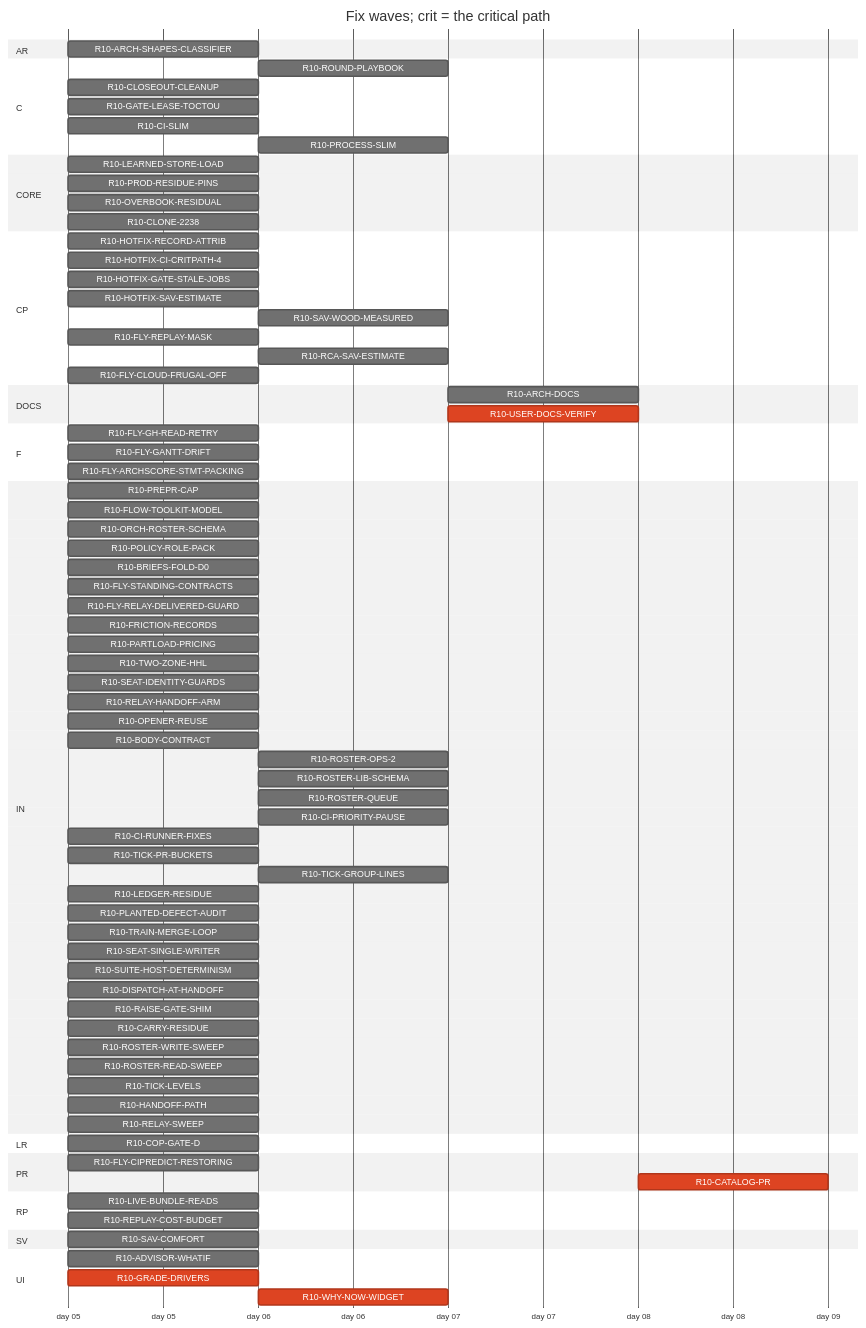
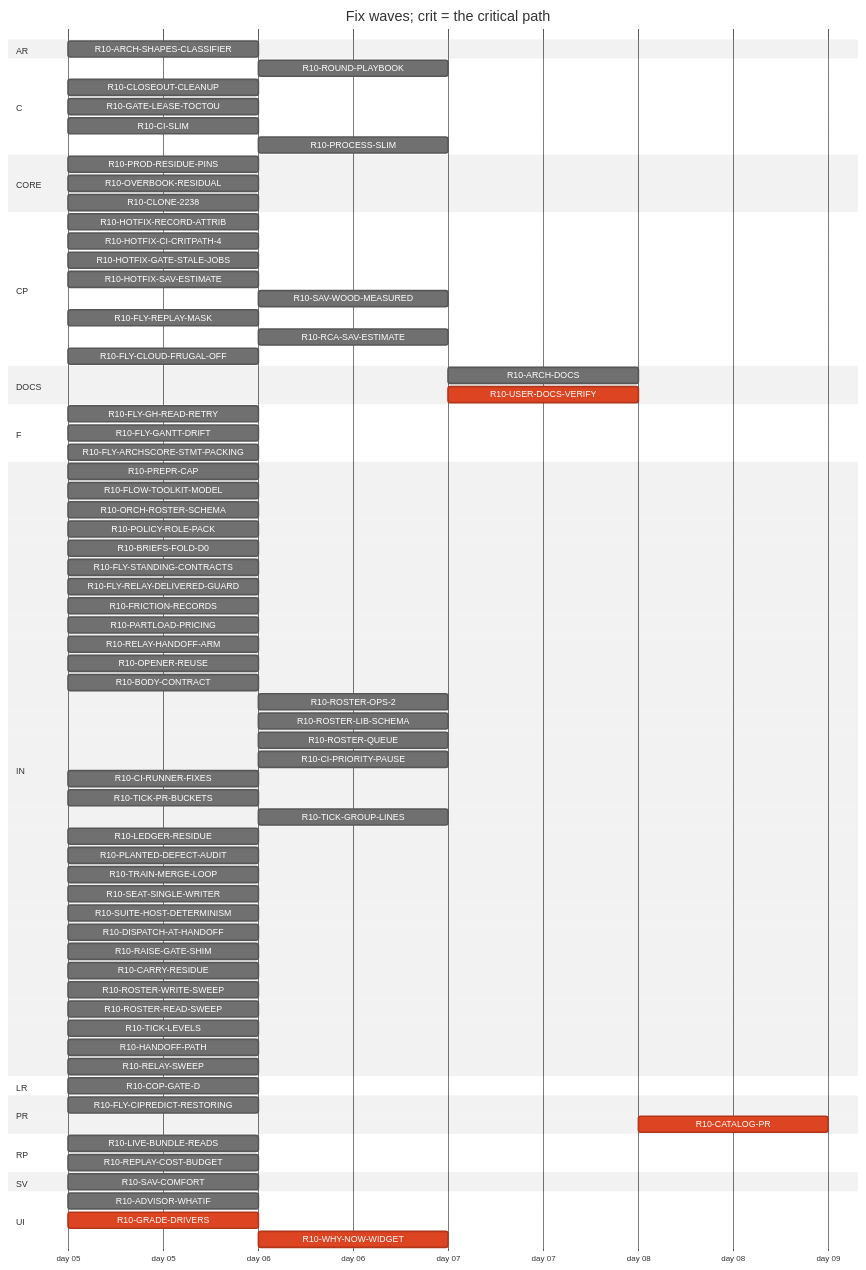
Before and after one commit to tvofi/heatpump_optimizer: the diagram in handoff/round10/state/PLAN-TABLE.md, drawn with Mermaid (neutral theme). The commit also changed other lines of this file and 4 other files, not shown here.

Commit message:
state: FLOW-BOARD.md, NEXT-SESSION-PROMPT.md, PLAN-TABLE.md, PLAN.html, RESUME-CURRENT.md regenerated (state_docs.py)

```diff
--- a/handoff/round10/state/PLAN-TABLE.md
+++ b/handoff/round10/state/PLAN-TABLE.md
@@ -30,13 +30,12 @@
   section AR
     R10-ARCH-SHAPES-CLASSIFIER :r10ARCHSHAPESCLASSIFIER, 2026-01-05, 1d
   section C
-    R10-ROUND-PLAYBOOK :r10ROUNDPLAYBOOK, after r10PREPRCAP r10HANDOFFPATH r10RELAYSWEEP r10TRAINMERGELOOP r10DISPATCHATHANDOFF r10BODYCONTRACT r10TICKLEVELS r10CIPRIORITYPAUSE r10ROSTERWRITESWEEP r10ROSTERREADSWEEP r10FLYSTANDINGCONTRACTS r10POLICYROLEPACK r10FRICTIONRECORDS r10FLOWTOOLKITMODEL r10SEATIDENTITYGUARDS r10LEDGERRESIDUE r10CIRUNNERFIXES r10FLYCIPREDICTRESTORING r10RAISEGATESHIM r10PLANTEDDEFECTAUDIT r10FLYGHREADRETRY r10SUITEHOSTDETERMINISM, 1d
+    R10-ROUND-PLAYBOOK :r10ROUNDPLAYBOOK, after r10PREPRCAP r10HANDOFFPATH r10RELAYSWEEP r10TRAINMERGELOOP r10DISPATCHATHANDOFF r10BODYCONTRACT r10TICKLEVELS r10CIPRIORITYPAUSE r10ROSTERWRITESWEEP r10ROSTERREADSWEEP r10FLYSTANDINGCONTRACTS r10POLICYROLEPACK r10FRICTIONRECORDS r10FLOWTOOLKITMODEL r10LEDGERRESIDUE r10CIRUNNERFIXES r10FLYCIPREDICTRESTORING r10RAISEGATESHIM r10PLANTEDDEFECTAUDIT r10FLYGHREADRETRY r10SUITEHOSTDETERMINISM, 1d
     R10-CLOSEOUT-CLEANUP :r10CLOSEOUTCLEANUP, 2026-01-05, 1d
     R10-GATE-LEASE-TOCTOU :r10GATELEASETOCTOU, 2026-01-05, 1d
     R10-CI-SLIM :r10CISLIM, 2026-01-05, 1d
     R10-PROCESS-SLIM :r10PROCESSSLIM, after r10CISLIM, 1d
   section CORE
-    R10-LEARNED-STORE-LOAD :r10LEARNEDSTORELOAD, 2026-01-05, 1d
     R10-PROD-RESIDUE-PINS :r10PRODRESIDUEPINS, 2026-01-05, 1d
     R10-OVERBOOK-RESIDUAL :r10OVERBOOKRESIDUAL, 2026-01-05, 1d
     R10-CLONE-2238 :r10CLONE2238, 2026-01-05, 1d
@@ -50,8 +49,8 @@
     R10-RCA-SAV-ESTIMATE :r10RCASAVESTIMATE, after r10HOTFIXSAVESTIMATE, 1d
     R10-FLY-CLOUD-FRUGAL-OFF :r10FLYCLOUDFRUGALOFF, 2026-01-05, 1d
   section DOCS
-    R10-ARCH-DOCS :r10ARCHDOCS, after r10CARRYRESIDUE r10OVERBOOKRESIDUAL r10CLONE2238 r10SAVCOMFORT r10COPGATED r10GRADEDRIVERS r10WHYNOWWIDGET r10PARTLOADPRICING r10TWOZONEHHL r10ARCHSHAPESCLASSIFIER r10ADVISORWHATIF r10LEARNEDSTORELOAD r10PRODRESIDUEPINS r10LIVEBUNDLEREADS r10REPLAYCOSTBUDGET r10PREPRCAP r10HANDOFFPATH r10RELAYSWEEP r10TRAINMERGELOOP r10DISPATCHATHANDOFF r10BODYCONTRACT r10TICKLEVELS r10CIPRIORITYPAUSE r10ROSTERWRITESWEEP r10ROSTERREADSWEEP r10FLYSTANDINGCONTRACTS r10POLICYROLEPACK r10FRICTIONRECORDS r10FLOWTOOLKITMODEL r10SEATIDENTITYGUARDS r10LEDGERRESIDUE r10CIRUNNERFIXES r10FLYCIPREDICTRESTORING r10RAISEGATESHIM r10PLANTEDDEFECTAUDIT r10FLYGHREADRETRY r10SUITEHOSTDETERMINISM, 1d
-    R10-USER-DOCS-VERIFY :crit, r10USERDOCSVERIFY, after r10CARRYRESIDUE r10OVERBOOKRESIDUAL r10CLONE2238 r10SAVCOMFORT r10COPGATED r10GRADEDRIVERS r10WHYNOWWIDGET r10PARTLOADPRICING r10TWOZONEHHL r10ARCHSHAPESCLASSIFIER r10ADVISORWHATIF r10LEARNEDSTORELOAD r10PRODRESIDUEPINS r10LIVEBUNDLEREADS r10REPLAYCOSTBUDGET, 1d
+    R10-ARCH-DOCS :r10ARCHDOCS, after r10CARRYRESIDUE r10OVERBOOKRESIDUAL r10CLONE2238 r10SAVCOMFORT r10COPGATED r10GRADEDRIVERS r10WHYNOWWIDGET r10PARTLOADPRICING r10ARCHSHAPESCLASSIFIER r10ADVISORWHATIF r10PRODRESIDUEPINS r10LIVEBUNDLEREADS r10REPLAYCOSTBUDGET r10PREPRCAP r10HANDOFFPATH r10RELAYSWEEP r10TRAINMERGELOOP r10DISPATCHATHANDOFF r10BODYCONTRACT r10TICKLEVELS r10CIPRIORITYPAUSE r10ROSTERWRITESWEEP r10ROSTERREADSWEEP r10FLYSTANDINGCONTRACTS r10POLICYROLEPACK r10FRICTIONRECORDS r10FLOWTOOLKITMODEL r10LEDGERRESIDUE r10CIRUNNERFIXES r10FLYCIPREDICTRESTORING r10RAISEGATESHIM r10PLANTEDDEFECTAUDIT r10FLYGHREADRETRY r10SUITEHOSTDETERMINISM, 1d
+    R10-USER-DOCS-VERIFY :crit, r10USERDOCSVERIFY, after r10CARRYRESIDUE r10OVERBOOKRESIDUAL r10CLONE2238 r10SAVCOMFORT r10COPGATED r10GRADEDRIVERS r10WHYNOWWIDGET r10PARTLOADPRICING r10ARCHSHAPESCLASSIFIER r10ADVISORWHATIF r10PRODRESIDUEPINS r10LIVEBUNDLEREADS r10REPLAYCOSTBUDGET, 1d
   section F
     R10-FLY-GH-READ-RETRY :r10FLYGHREADRETRY, 2026-01-05, 1d
     R10-FLY-GANTT-DRIFT :r10FLYGANTTDRIFT, 2026-01-05, 1d
@@ -66,8 +65,6 @@
     R10-FLY-RELAY-DELIVERED-GUARD :r10FLYRELAYDELIVEREDGUARD, 2026-01-05, 1d
     R10-FRICTION-RECORDS :r10FRICTIONRECORDS, 2026-01-05, 1d
     R10-PARTLOAD-PRICING :r10PARTLOADPRICING, 2026-01-05, 1d
-    R10-TWO-ZONE-HHL :r10TWOZONEHHL, 2026-01-05, 1d
-    R10-SEAT-IDENTITY-GUARDS :r10SEATIDENTITYGUARDS, 2026-01-05, 1d
     R10-RELAY-HANDOFF-ARM :r10RELAYHANDOFFARM, 2026-01-05, 1d
     R10-OPENER-REUSE :r10OPENERREUSE, 2026-01-05, 1d
     R10-BODY-CONTRACT :r10BODYCONTRACT, 2026-01-05, 1d
```
